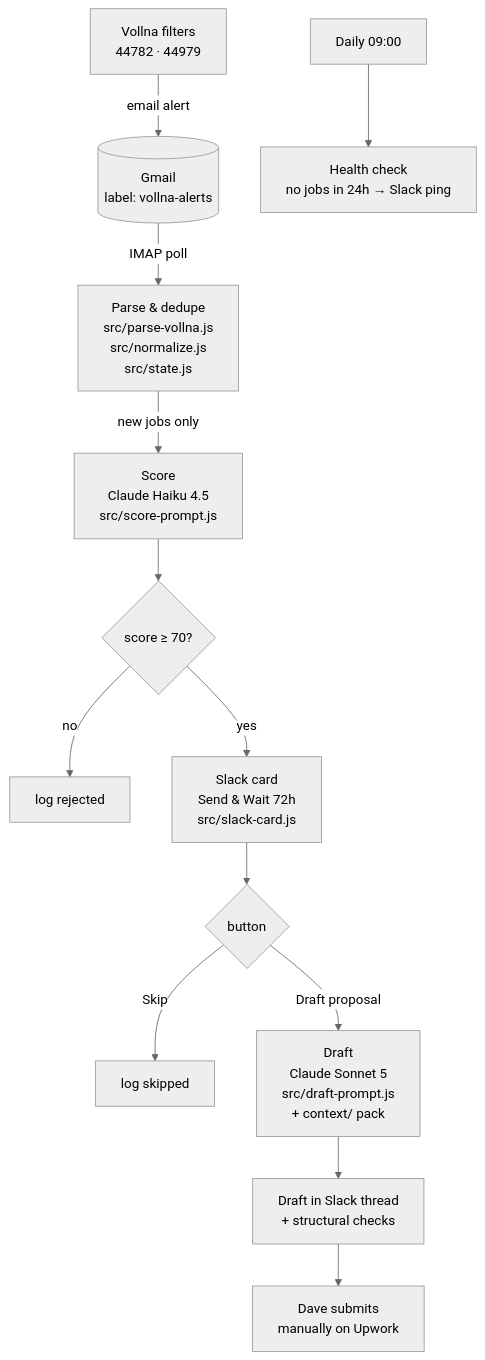
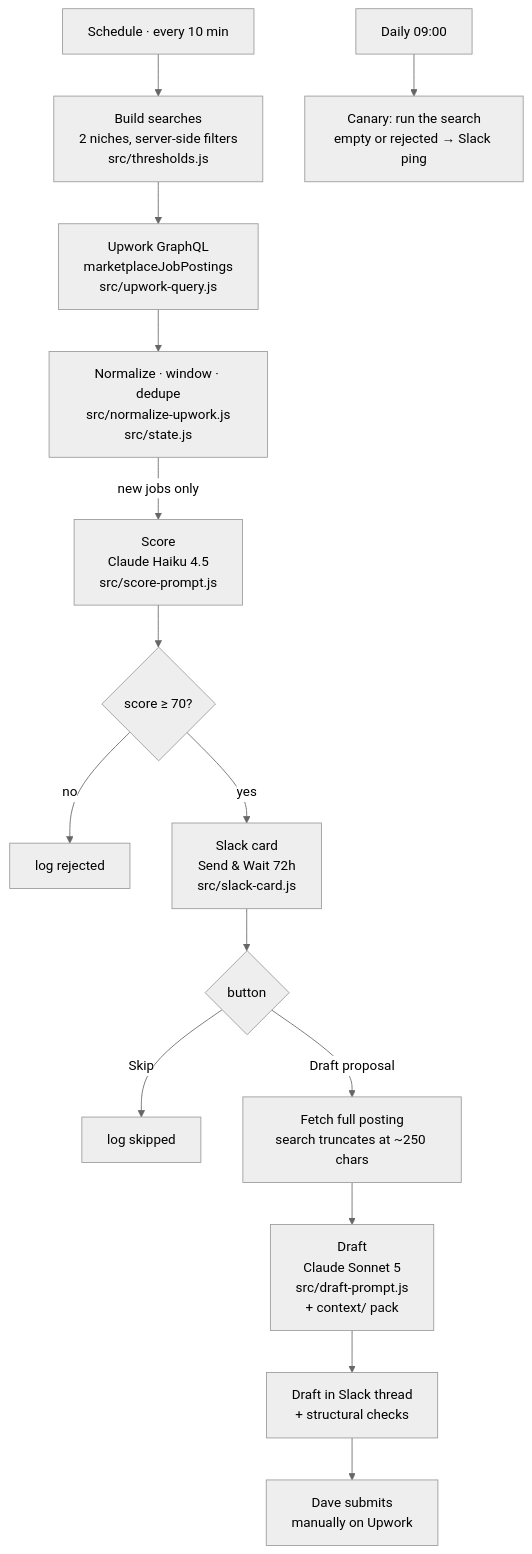
One commit to davehecker-main/upwork-job-pipeline changed the diagram in README.md. Above: the diagram before and after it, drawn with Mermaid (neutral theme). The commit also changed other lines of this file and 29 other files, not shown here.

````diff
--- a/README.md
+++ b/README.md
@@ -17,15 +19,17 @@
 ```mermaid
 flowchart TD
-    V[Vollna filters<br/>44782 · 44979] -->|email alert| G[(Gmail<br/>label: vollna-alerts)]
-    G -->|IMAP poll| P[Parse &amp; dedupe<br/>src/parse-vollna.js<br/>src/normalize.js<br/>src/state.js]
-    P -->|new jobs only| S[Score<br/>Claude Haiku 4.5<br/>src/score-prompt.js]
-    S --> T{score ≥ 70?}
+    S[Schedule · every 10 min] --> Q[Build searches<br/>2 niches, server-side filters<br/>src/thresholds.js]
+    Q --> U[Upwork GraphQL<br/>marketplaceJobPostings<br/>src/upwork-query.js]
+    U --> N[Normalize · window · dedupe<br/>src/normalize-upwork.js<br/>src/state.js]
+    N -->|new jobs only| C[Score<br/>Claude Haiku 4.5<br/>src/score-prompt.js]
+    C --> T{score ≥ 70?}
     T -->|no| R[log rejected]
-    T -->|yes| C[Slack card<br/>Send &amp; Wait 72h<br/>src/slack-card.js]
-    C --> A{button}
-    A -->|Skip| K[log skipped]
-    A -->|Draft proposal| D[Draft<br/>Claude Sonnet 5<br/>src/draft-prompt.js<br/>+ context/ pack]
-    D --> X[Draft in Slack thread<br/>+ structural checks]
-    X --> H[Dave submits<br/>manually on Upwork]
-    Z[Daily 09:00] --> Y[Health check<br/>no jobs in 24h → Slack ping]
+    T -->|yes| K[Slack card<br/>Send &amp; Wait 72h<br/>src/slack-card.js]
+    K --> A{button}
+    A -->|Skip| X[log skipped]
+    A -->|Draft proposal| F[Fetch full posting<br/>search truncates at ~250 chars]
+    F --> D[Draft<br/>Claude Sonnet 5<br/>src/draft-prompt.js<br/>+ context/ pack]
+    D --> P[Draft in Slack thread<br/>+ structural checks]
+    P --> H[Dave submits<br/>manually on Upwork]
+    Z[Daily 09:00] --> Y[Canary: run the search<br/>empty or rejected → Slack ping]
 ```
````
